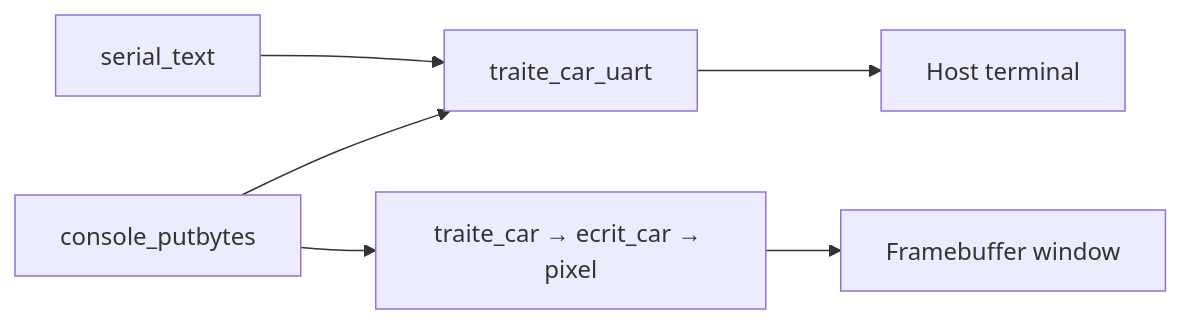
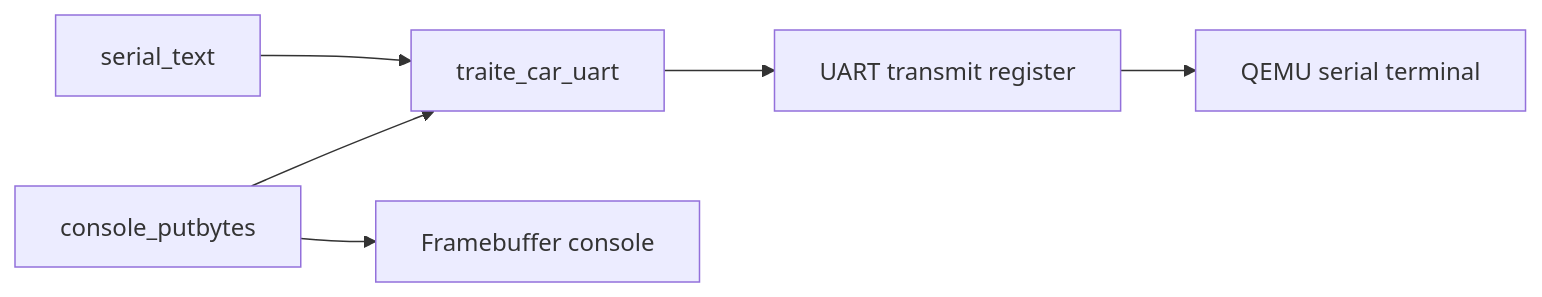
One commit to Raiagues/OS changed the diagram in examples/04-uart/README.md. Above: the diagram before and after it, drawn with Mermaid. The commit also changed other lines of this file and 161 other files, not shown here.

````diff
--- a/examples/04-uart/README.md
+++ b/examples/04-uart/README.md
@@ -62,8 +17,8 @@
 ```mermaid
 flowchart LR
-    A["serial_text"] --> U["traite_car_uart"]
-    U --> T["Host terminal"]
-    B["console_putbytes"] --> U
-    B --> C["traite_car → ecrit_car → pixel"]
-    C --> F["Framebuffer window"]
+    A["serial_text"] --> B["traite_car_uart"]
+    B --> C["UART transmit register"]
+    C --> D["QEMU serial terminal"]
+    E["console_putbytes"] --> B
+    E --> F["Framebuffer console"]
 ```
````
